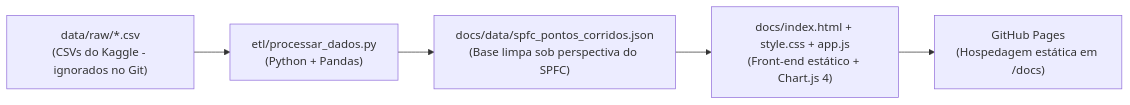
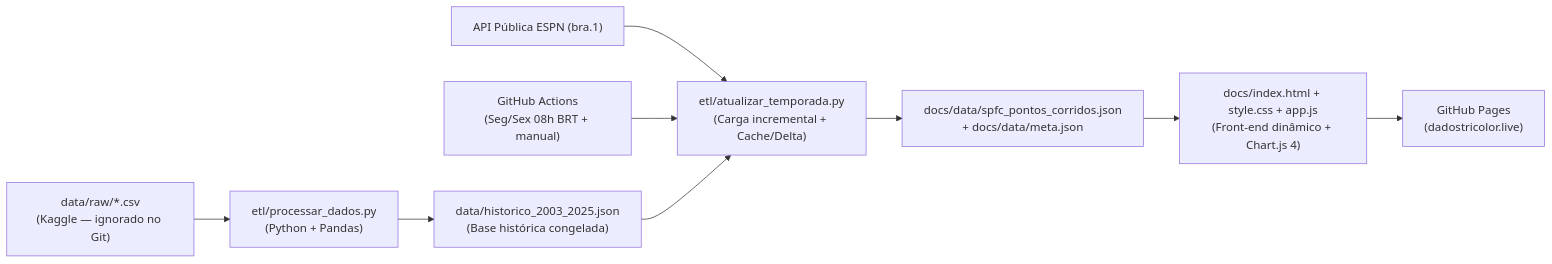
Before and after one commit to YuriAlvvvss/SPFC-Analytics: the diagram in README.md, drawn with Mermaid. The commit also changed other lines of this file and 1 other file, not shown here.

````diff
--- a/README.md
+++ b/README.md
@@ -66,7 +76,11 @@
 ```mermaid
 flowchart LR
-    A["data/raw/*.csv\n(CSVs do Kaggle - ignorados no Git)"] --> B["etl/processar_dados.py\n(Python + Pandas)"]
-    B --> C["docs/data/spfc_pontos_corridos.json\n(Base limpa sob perspectiva do SPFC)"]
-    C --> D["docs/index.html + style.css + app.js\n(Front-end estático + Chart.js 4)"]
-    D --> E["GitHub Pages\n(Hospedagem estática em /docs)"]
+    A["data/raw/*.csv\n(Kaggle — ignorado no Git)"] --> B["etl/processar_dados.py\n(Python + Pandas)"]
+    B --> C["data/historico_2003_2025.json\n(Base histórica congelada)"]
+    D["API Pública ESPN (bra.1)"] --> F["etl/atualizar_temporada.py\n(Carga incremental + Cache/Delta)"]
+    E["GitHub Actions\n(Seg/Sex 08h BRT + manual)"] --> F
+    C --> F
+    F --> G["docs/data/spfc_pontos_corridos.json\n+ docs/data/meta.json"]
+    G --> H["docs/index.html + style.css + app.js\n(Front-end dinâmico + Chart.js 4)"]
+    H --> I["GitHub Pages\n(dadostricolor.live)"]
 ```
````
